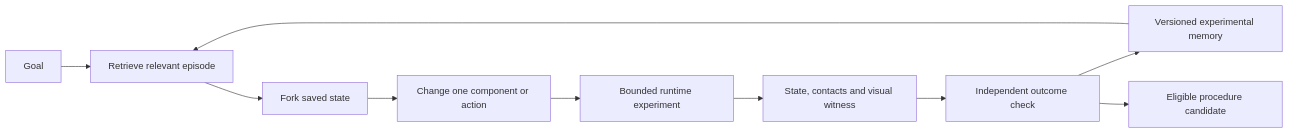
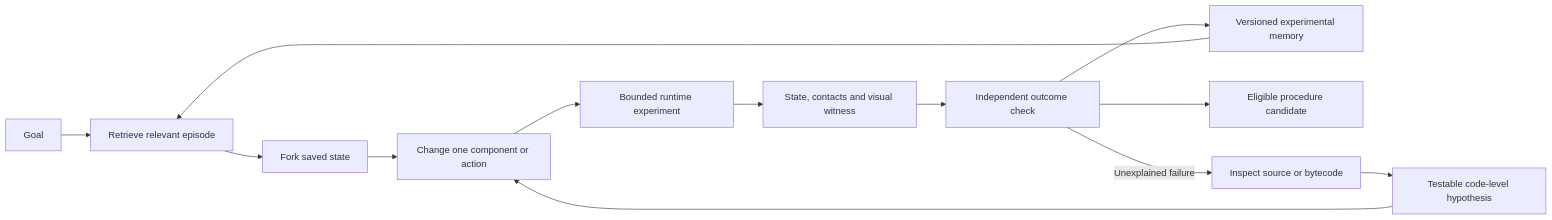
One commit to eyeoverthink/Fraynix-Agent-Workspace changed the diagram in docs/REHEARSAL_MEMORY_072.md. Above: the diagram before and after it, drawn with Mermaid.

Commit message:
Connect the internal investigator to controlled rehearsal experiments

````diff
--- a/docs/REHEARSAL_MEMORY_072.md
+++ b/docs/REHEARSAL_MEMORY_072.md
@@ -41,12 +41,15 @@
 ```mermaid
 flowchart LR
     G[Goal] --> R[Retrieve relevant episode]
     R --> F[Fork saved state]
     F --> D[Change one component or action]
     D --> X[Bounded runtime experiment]
     X --> W[State, contacts and visual witness]
     W --> V[Independent outcome check]
     V --> M[Versioned experimental memory]
     M --> R
     V --> P[Eligible procedure candidate]
+    V -->|Unexplained failure| I[Inspect source or bytecode]
+    I --> H[Testable code-level hypothesis]
+    H --> D
 ```
````
